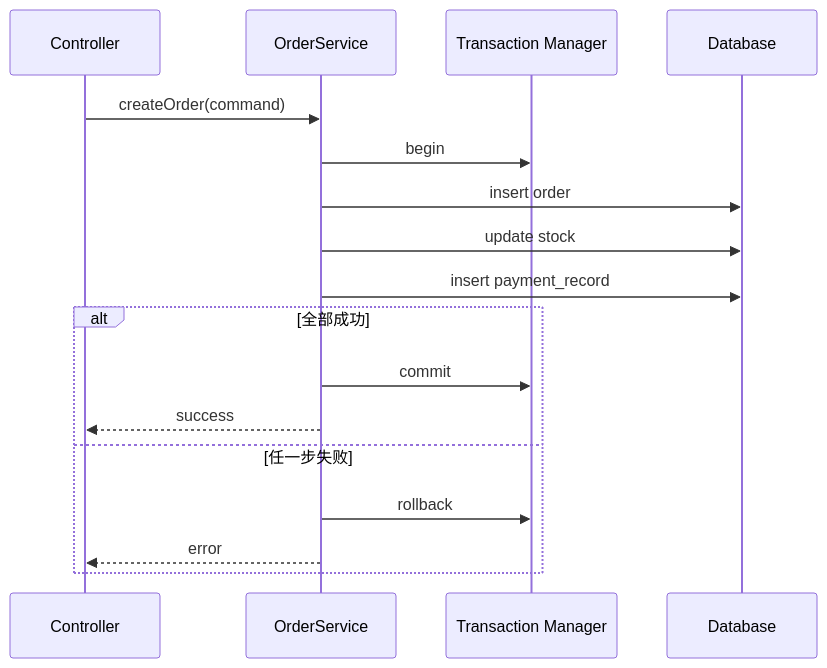
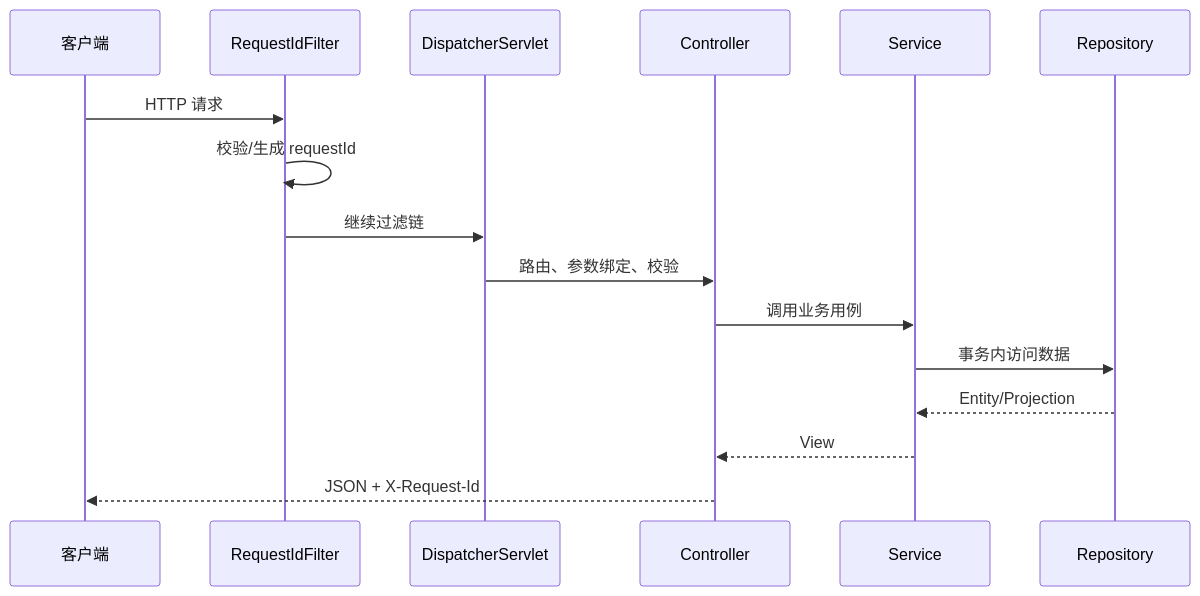
Diagram 15 of 29 in docs/java/visual-guide.md (yokry-he/yok-study-web), drawn with Mermaid before and after one commit. The commit also changed other lines of this file and 277 other files, not shown here.

````diff
--- a/docs/java/visual-guide.md
+++ b/docs/java/visual-guide.md
@@ -139,20 +392,18 @@
 ```mermaid
 sequenceDiagram
-  participant API as Controller
-  participant S as OrderService
-  participant TX as Transaction Manager
-  participant DB as Database
-
-  API->>S: createOrder(command)
-  S->>TX: begin
-  S->>DB: insert order
-  S->>DB: update stock
-  S->>DB: insert payment_record
-  alt 全部成功
-    S->>TX: commit
-    S-->>API: success
-  else 任一步失败
-    S->>TX: rollback
-    S-->>API: error
-  end
+  participant Client as 客户端
+  participant Filter as RequestIdFilter
+  participant DS as DispatcherServlet
+  participant C as Controller
+  participant S as Service
+  participant R as Repository
+  Client->>Filter: HTTP 请求
+  Filter->>Filter: 校验/生成 requestId
+  Filter->>DS: 继续过滤链
+  DS->>C: 路由、参数绑定、校验
+  C->>S: 调用业务用例
+  S->>R: 事务内访问数据
+  R-->>S: Entity/Projection
+  S-->>C: View
+  C-->>Client: JSON + X-Request-Id
 ```
````
